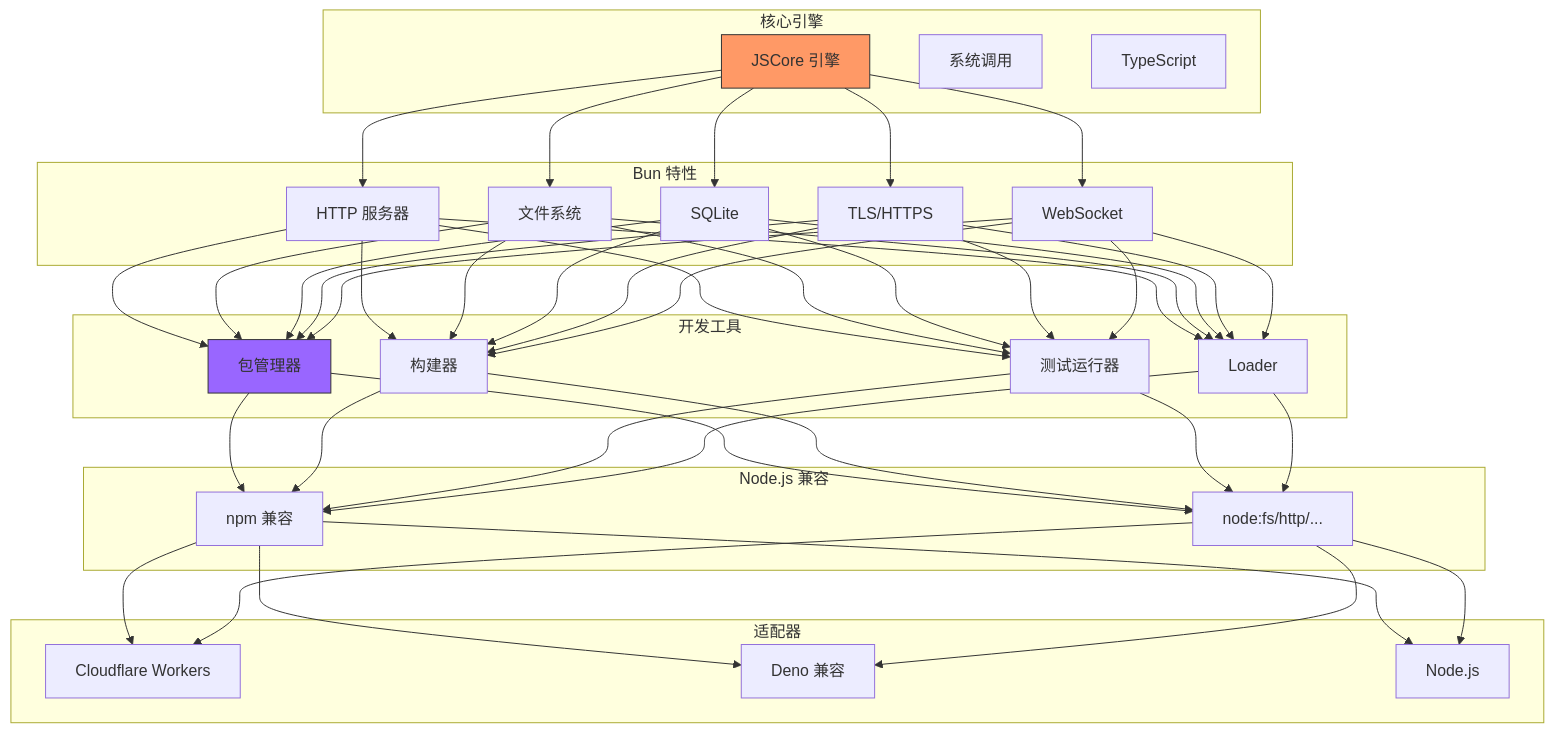
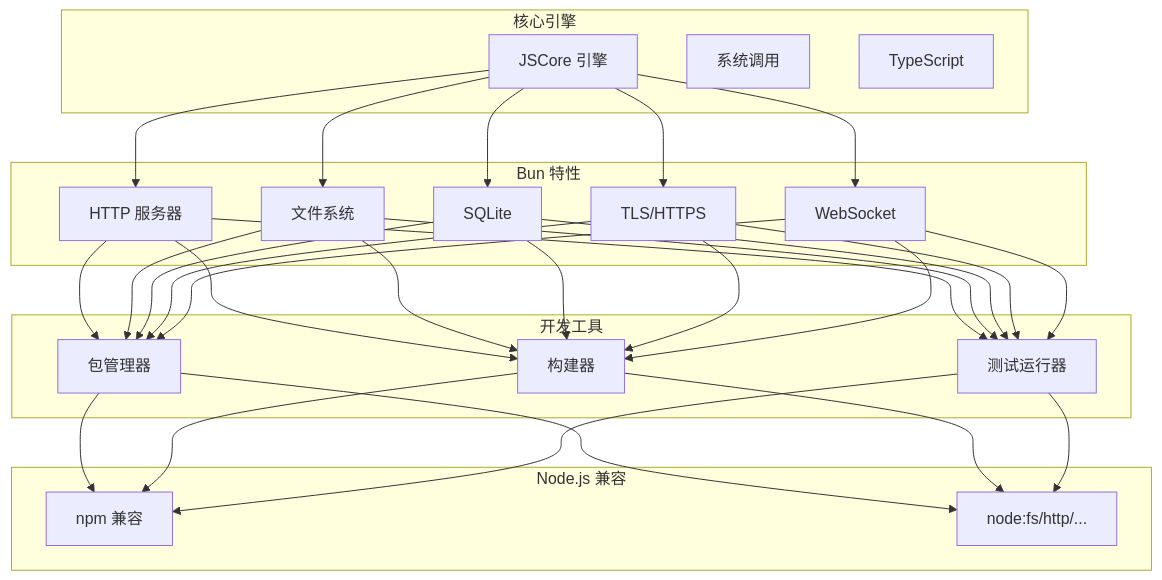
Before and after one commit to Shyu-x/frontend-interview: diagram 11 of 21 in docs/open-source/trending.md, drawn with Mermaid. The commit also changed other lines of this file, not shown here.

First line of the commit message:
docs: 补充 NPM 周下载量 Top 100 库详细介绍

````diff
--- a/docs/open-source/trending.md
+++ b/docs/open-source/trending.md
@@ -2026,43 +2147,31 @@
 ```mermaid
 flowchart TB
     subgraph 核心层["核心引擎"]
         JS[JSCore 引擎]
         SY[系统调用]
         TS[TypeScript]
     end
 
     subgraph 功能层["Bun 特性"]
         HTTP[HTTP 服务器]
         FS[文件系统]
         SQL[SQLite]
         TLS[TLS/HTTPS]
         WS[WebSocket]
     end
 
     subgraph 工具链["开发工具"]
         PKG[包管理器]
         BND[构建器]
         TST[测试运行器]
-        LDR[Loader]
     end
 
     subgraph 兼容层["Node.js 兼容"]
         NPM[npm 兼容]
         NODE[node:fs/http/...]
-
-    end
-
-    subgraph 适配层["适配器"]
-        CLOUDFLARE[Cloudflare Workers]
-        DENO[Deno 兼容]
-        NODEJS[Node.js]
     end
 
     JS --> HTTP & FS & SQL & TLS & WS
-    HTTP & FS & SQL & TLS & WS --> PKG & BND & TST & LDR
-    PKG & BND & TST & LDR --> NPM & NODE
-    NPM & NODE --> CLOUDFLARE & DENO & NODEJS
-
-    style JS fill:#f96,stroke:#333
-    style PKG fill:#96f,stroke:#333
+    HTTP & FS & SQL & TLS & WS --> PKG & BND & TST
+    PKG & BND & TST --> NPM & NODE
 ```
````
